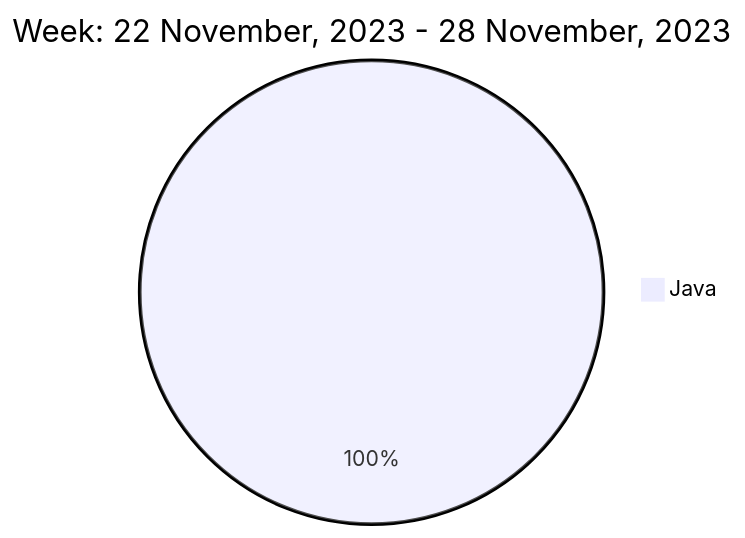
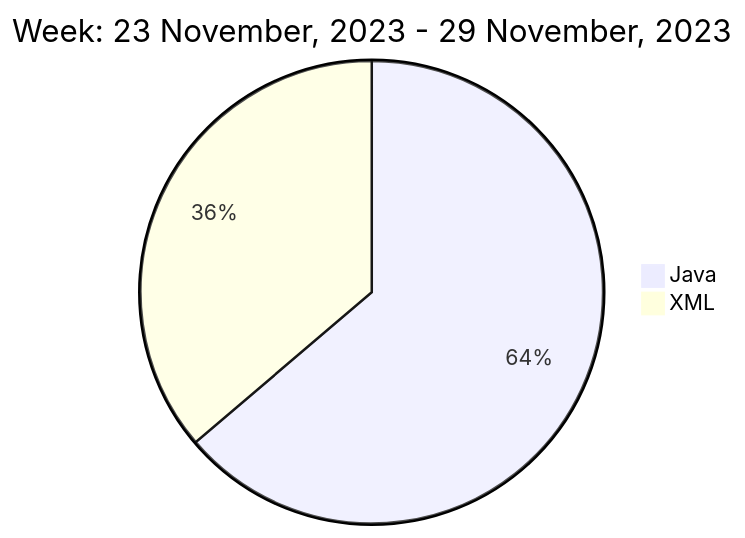
The diagram in README.md (liubin95/liubin95), drawn with Mermaid before and after one commit.

Commit message:
Updated the Graph with new Metrics

````diff
--- a/README.md
+++ b/README.md
@@ -37,5 +37,6 @@
 ```mermaid
  pie
-title Week: 22 November, 2023 - 28 November, 2023
- "Java" : 4.43
+title Week: 23 November, 2023 - 29 November, 2023
+ "Java" : 3.75
+ "XML" : 2.13
 ```
````
